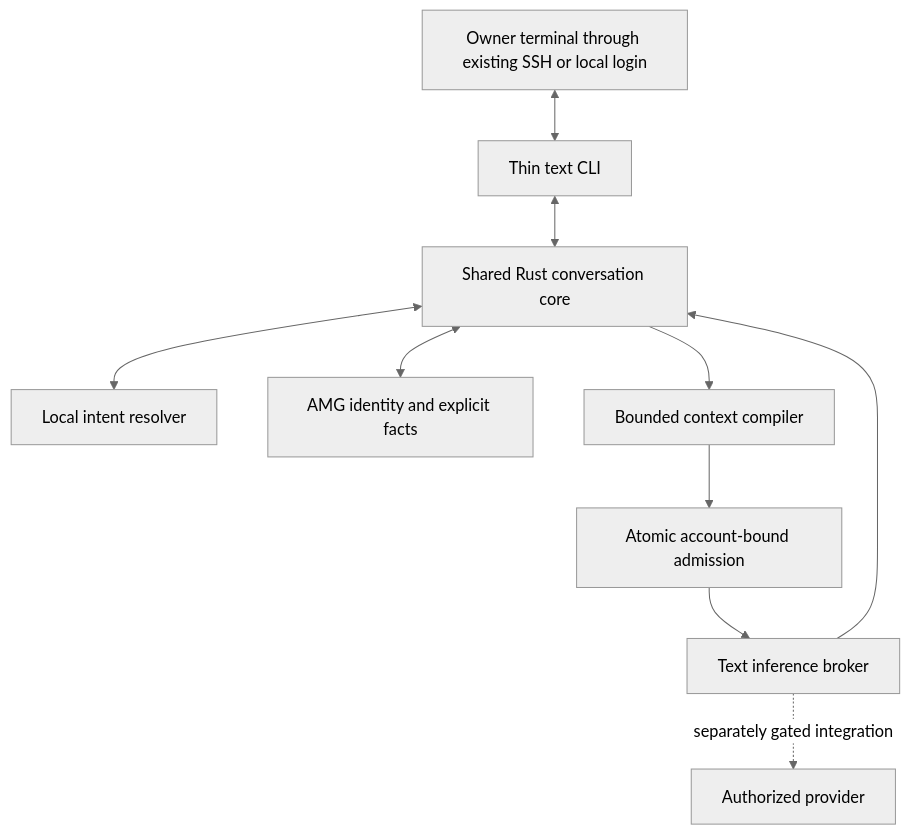
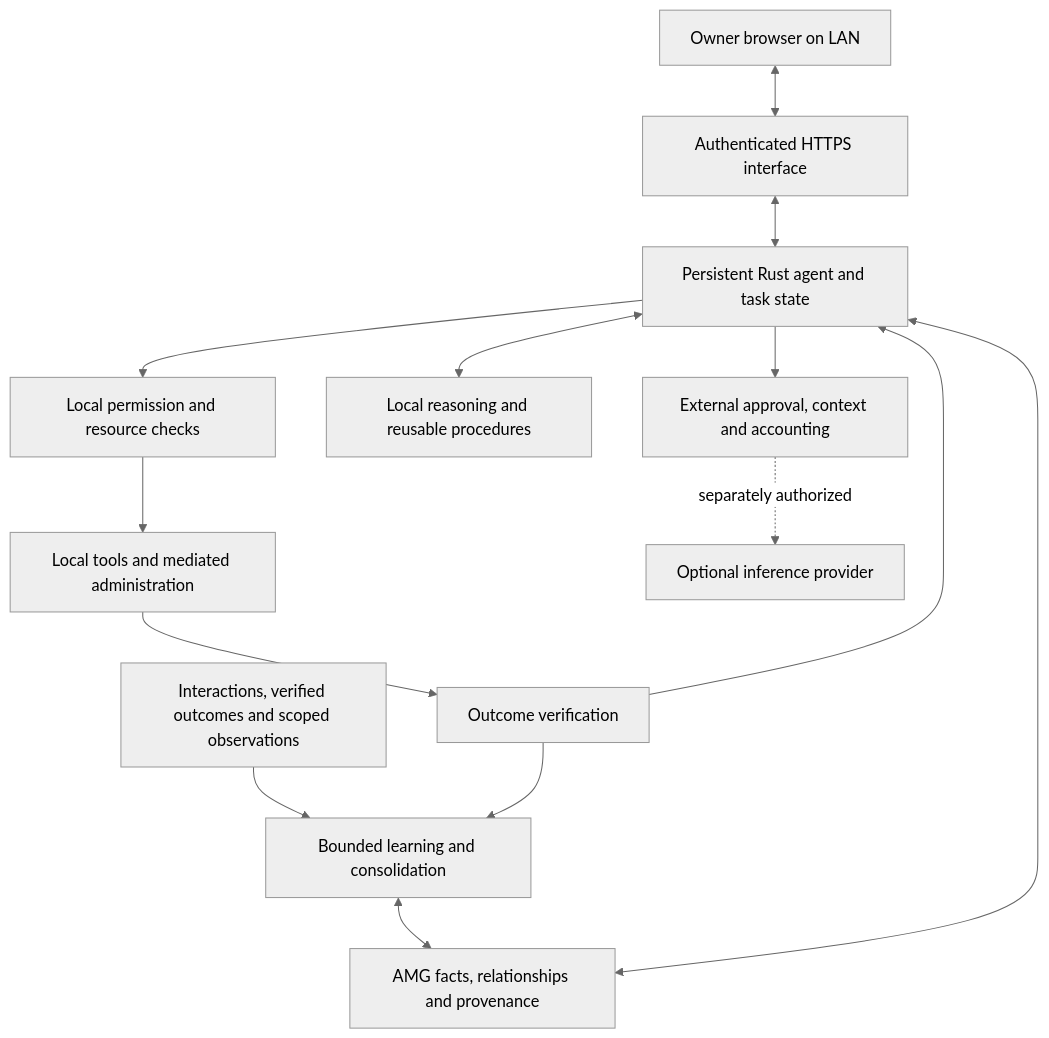
The diagram in README.md (idmfrank/atomos), drawn with Mermaid (neutral theme) before and after one commit. The commit also changed other lines of this file and 39 other files, not shown here.

Commit message:
Refocus AtomOS on persistent local agency and LAN web access; remove voice stack

````diff
--- a/README.md
+++ b/README.md
@@ -159,12 +151,16 @@
 ```mermaid
 flowchart TD
-    U[Owner terminal through existing SSH or local login] <--> CLI[Thin text CLI]
-    CLI <--> R[Shared Rust conversation core]
-    R <--> L[Local intent resolver]
-    R <--> M[AMG identity and explicit facts]
-    R --> X[Bounded context compiler]
-    X --> G[Atomic account-bound admission]
-    G --> B[Text inference broker]
-    B -. separately gated integration .-> P[Authorized provider]
-    B --> R
+    U[Owner browser on LAN] <--> W[Authenticated HTTPS interface]
+    W <--> R[Persistent Rust agent and task state]
+    O[Interactions, verified outcomes and scoped observations] --> L[Bounded learning and consolidation]
+    L <--> M[AMG facts, relationships and provenance]
+    R <--> M
+    R --> P[Local permission and resource checks]
+    P --> E[Local tools and mediated administration]
+    E --> V[Outcome verification]
+    V --> R
+    V --> L
+    R <--> I[Local reasoning and reusable procedures]
+    R --> G[External approval, context and accounting]
+    G -. separately authorized .-> X[Optional inference provider]
 ```
````
